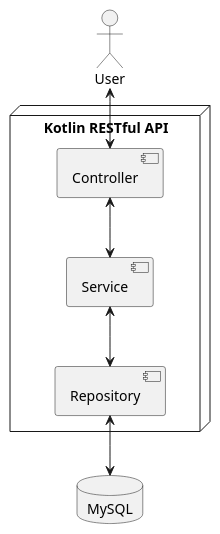
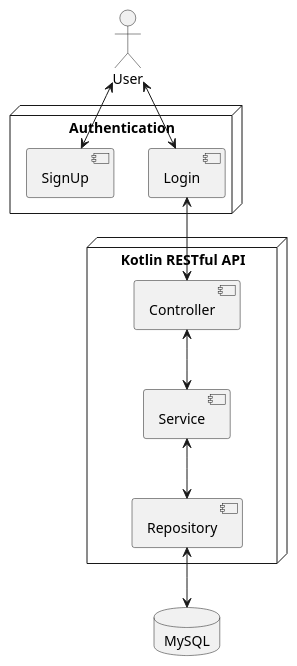
One commit to danieldewan1906/kotlin-restful-api changed the diagram in system-design.puml. Above: the diagram before and after it, drawn with PlantUML. The commit also changed 4 other files, not shown here.

```diff
--- a/system-design.puml
+++ b/system-design.puml
@@ -1,17 +1,25 @@
 @startuml
 
 actor "User" as user
+
+node "Authentication" {
+    component "Login" as login
+    component "SignUp" as signup
+}
+
 node "Kotlin RESTful API" {
     component "Controller" as controller
     component "Service" as service
     component "Repository" as repository
 }
 
 database "MySQL" as database
 
-user <--> controller
+user <--> login
+user <--> signup
+login <--> controller
 controller <--> service
 service <--> repository
 repository <--> database
 
 @enduml
```
